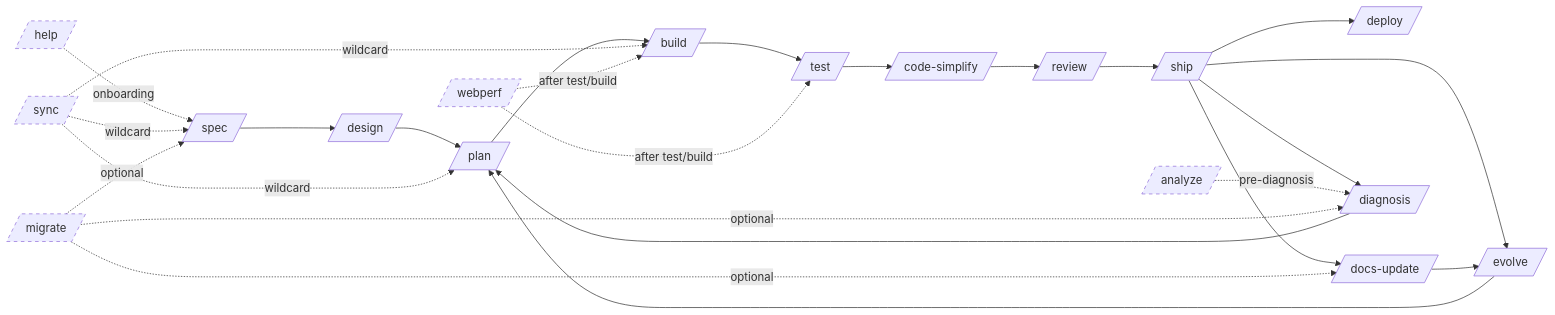
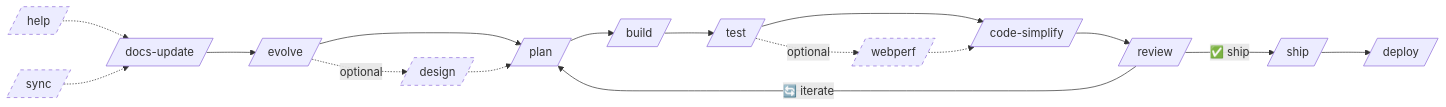
Before and after one commit to Fisherk2/codice-opencode: the second of 4 diagrams in docs/wiki-source/Commands.md, drawn with Mermaid. The commit also changed other lines of this file and 1 other file, not shown here.

First line of the commit message:
docs: redefine SDD workflow as 4 flow types with iterative loop diagrams

````diff
--- a/docs/wiki-source/Commands.md
+++ b/docs/wiki-source/Commands.md
@@ -9,28 +40,23 @@
 ```mermaid
 flowchart LR
-    H0[/help/] -. onboarding .-> A
-    A[/spec/] --> B[/design/]
-    B --> C[/plan/]
-    C --> D[/build/]
-    D --> E[/test/]
-    E --> F[/code-simplify/]
-    F --> G[/review/]
-    G --> H[/ship/]
-    H --> DEP[/deploy/]
-    H --> I[/docs-update/]
-    H --> J[/diagnosis/]
-    H --> K[/evolve/]
-    K --> C
-    I --> K
-    J --> C
-    ANA[/analyze/] -. pre-diagnosis .-> J
-    SYN[/sync/] -. wildcard .-> A & C & D
-    MIG[/migrate/] -. optional .-> A & I & J
-    WEB[/webperf/] -. after test/build .-> E & D
+    DU[/docs-update/] --> EV[/evolve/]
+    EV --> P[/plan/]
+    EV -.->|optional| D[/design/]
+    D -.-> P
+    P --> B[/build/]
+    B --> T[/test/]
+    T --> CS[/code-simplify/]
+    T -.->|optional| W[/webperf/]
+    W -.-> CS
+    CS --> R[/review/]
+    R -->|"🔄 iterate"| P
+    R -->|"✅ ship"| SH[/ship/]
+    SH --> DEP[/deploy/]
+    H0[/help/] -.-> DU
+    SYN[/sync/] -.-> DU
 
+    style D stroke-dasharray: 5 5
+    style W stroke-dasharray: 5 5
     style H0 stroke-dasharray: 5 5
-    style ANA stroke-dasharray: 5 5
     style SYN stroke-dasharray: 5 5
-    style MIG stroke-dasharray: 5 5
-    style WEB stroke-dasharray: 5 5
 ```
````
